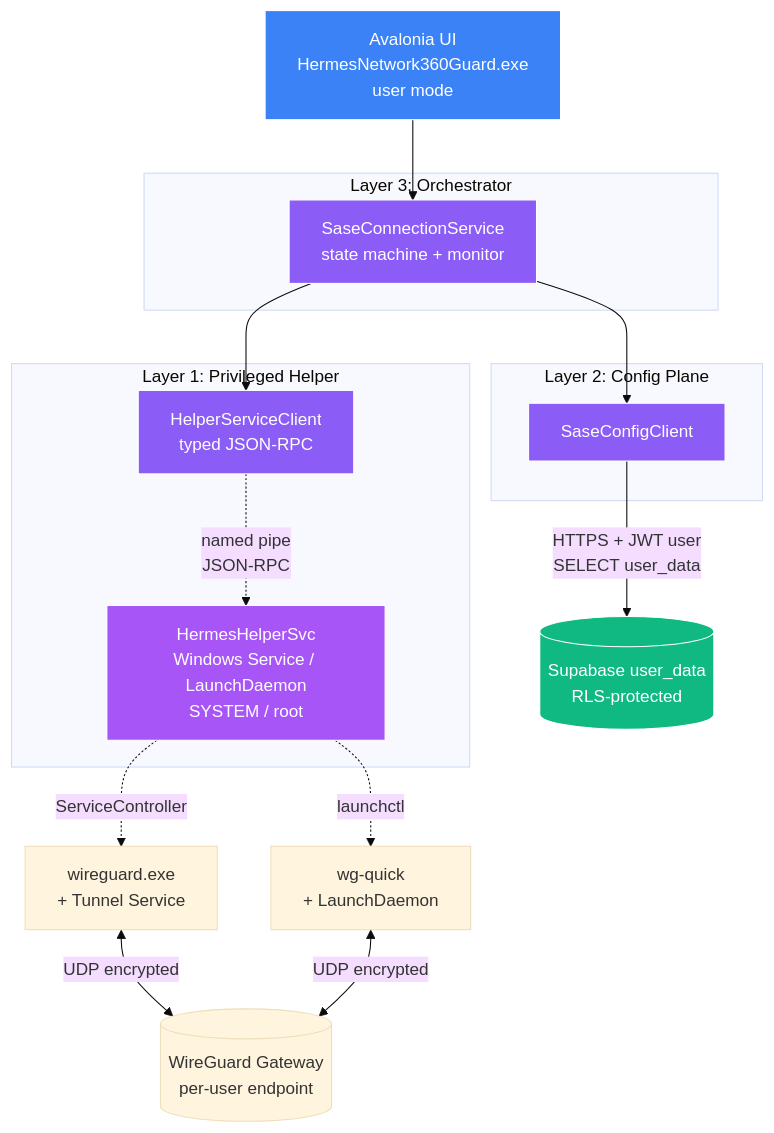
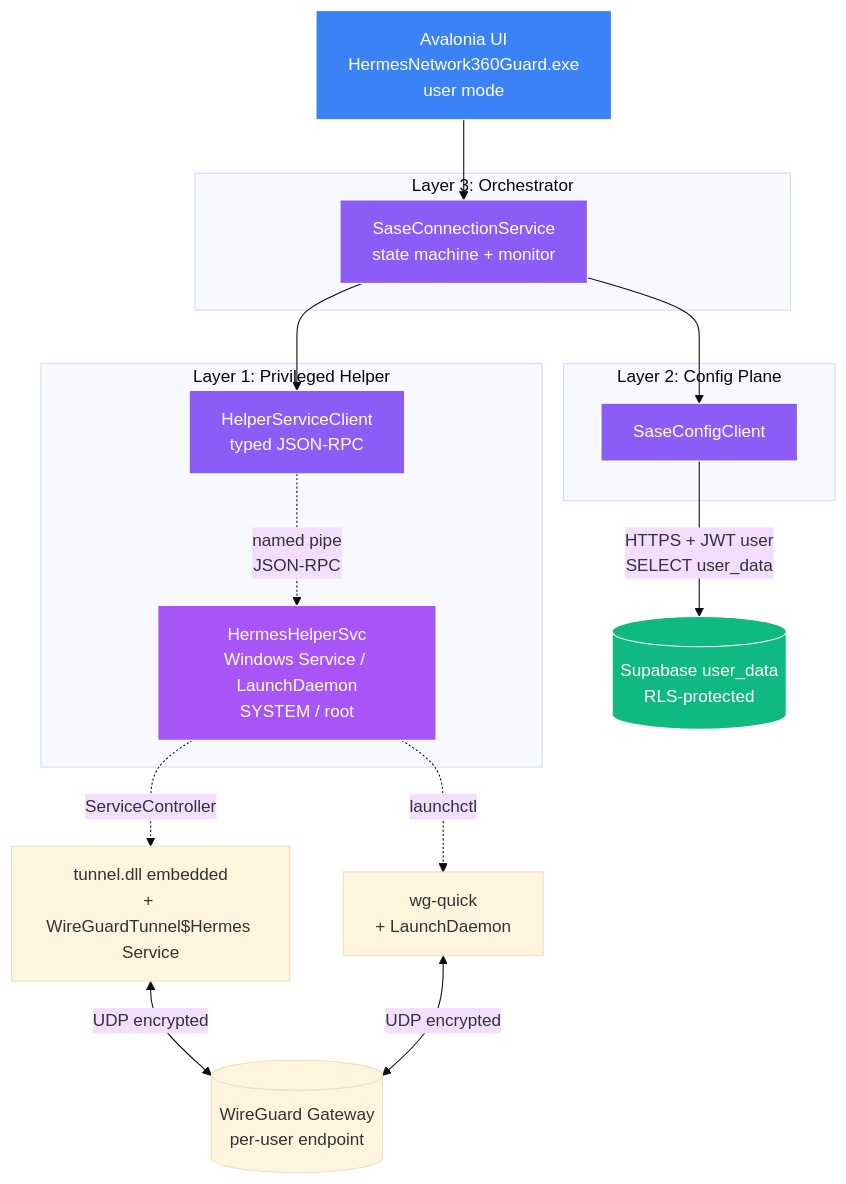
Before and after one commit to ardika/hermes-sase-docs: the second of 4 diagrams in docs/02-arsitektur.md, drawn with Mermaid (base theme). The commit also changed other lines of this file and 9 other files, not shown here.

First line of the commit message:
fix: align dengan embedded WireGuard (tunnel.dll + wireguard-go), bukan bundle installer

````diff
--- a/docs/02-arsitektur.md
+++ b/docs/02-arsitektur.md
@@ -57,41 +57,41 @@
 ```mermaid
 flowchart TB
     UI[Avalonia UI<br/>HermesNetwork360Guard.exe<br/>user mode]
 
     subgraph "Layer 2: Config Plane"
         SCC[SaseConfigClient]
     end
 
     subgraph "Layer 1: Privileged Helper"
         HC[HelperServiceClient<br/>typed JSON-RPC]
         HS[HermesHelperSvc<br/>Windows Service / LaunchDaemon<br/>SYSTEM / root]
         HC -.named pipe<br/>JSON-RPC.-> HS
     end
 
     subgraph "Layer 3: Orchestrator"
         CS[SaseConnectionService<br/>state machine + monitor]
     end
 
     SB[(Supabase user_data<br/>RLS-protected)]
-    WGS_W[wireguard.exe<br/>+ Tunnel Service]
+    WGS_W[tunnel.dll embedded<br/>+ WireGuardTunnel$Hermes Service]
     WGS_M[wg-quick<br/>+ LaunchDaemon]
     GW[(WireGuard Gateway<br/>per-user endpoint)]
 
     UI --> CS
     CS --> SCC
     CS --> HC
 
     SCC -->|HTTPS + JWT user<br/>SELECT user_data| SB
 
     HS -.ServiceController.-> WGS_W
     HS -.launchctl.-> WGS_M
     WGS_W <-->|UDP encrypted| GW
     WGS_M <-->|UDP encrypted| GW
 
     style UI fill:#3b82f6,stroke:#fff,color:#fff
     style SCC fill:#8b5cf6,stroke:#fff,color:#fff
     style HC fill:#8b5cf6,stroke:#fff,color:#fff
     style HS fill:#a855f7,stroke:#fff,color:#fff
     style CS fill:#8b5cf6,stroke:#fff,color:#fff
     style SB fill:#10b981,stroke:#fff,color:#fff
 ```
````
